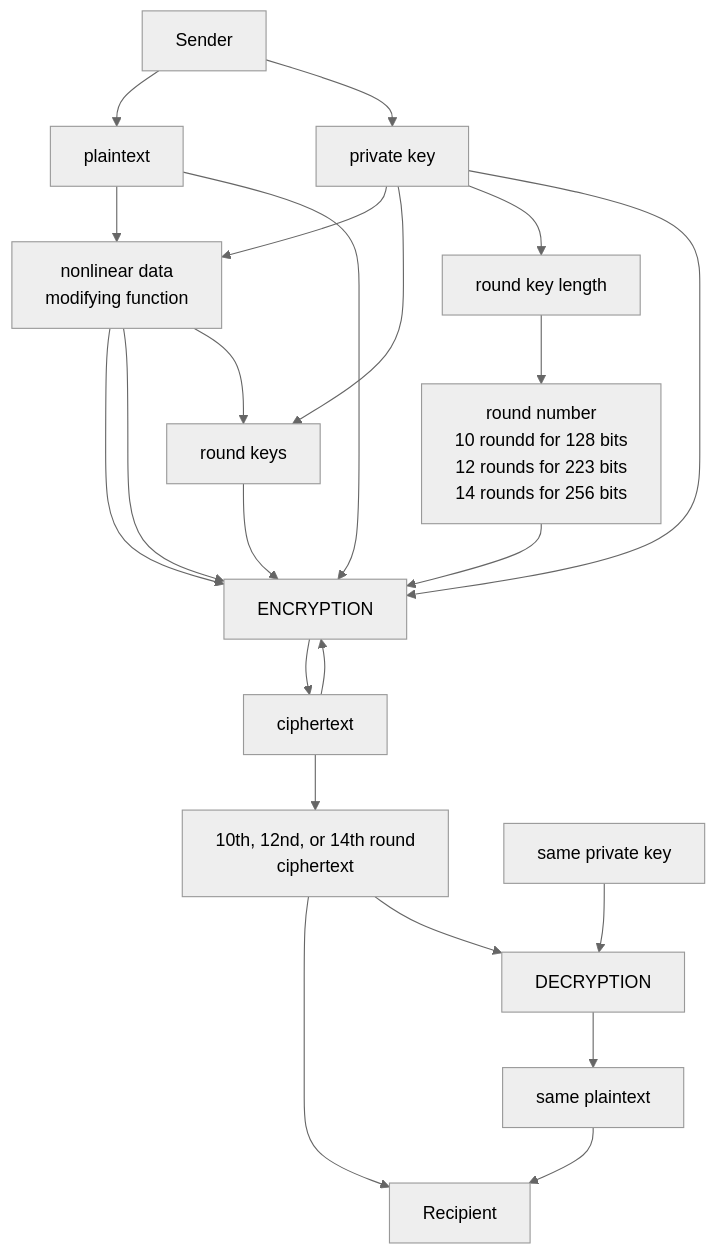
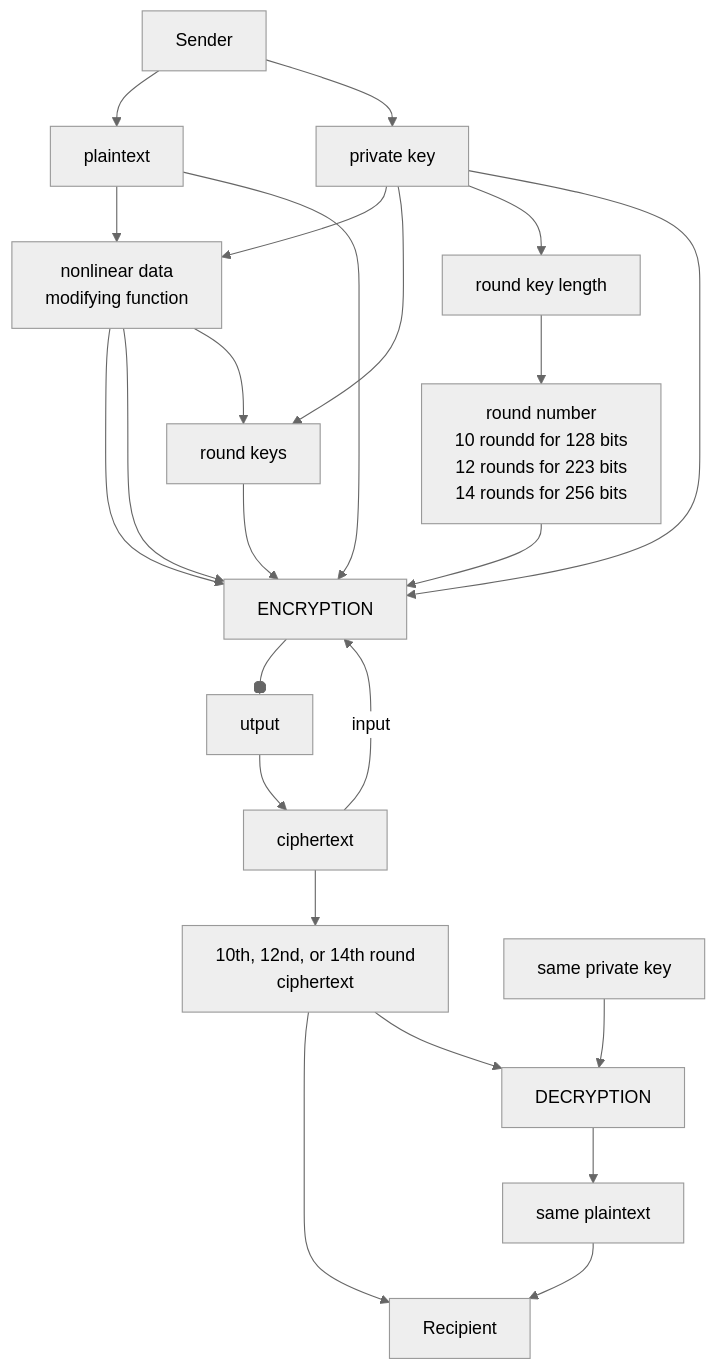
Before and after one commit to Kietpawpan/encryption: the diagram in README.md, drawn with Mermaid (neutral theme).

````diff
--- a/README.md
+++ b/README.md
@@ -5,15 +5,15 @@
 ```mermaid
 flowchart TD
     A[Sender] --> B[plaintext]-->FC
-    C[private key]-->FC-->D[ENCRYPTION]-->E[ciphertext]-->D
+    C[private key]-->FC-->D[ENCRYPTION]--output-->E[ciphertext]--input-->D
     E-->FN[10th, 12nd, or 14th round\nciphertext]-->F[Recipient]
     C2[same private key]-->G[DECRYPTION]-->I[same plaintext]-->F
      FN-->G
 A-->C
 C-->RK[round keys]-->D
 C-->RKL[round key length]-->RN[round number\n10 roundd for 128 bits\n12 rounds for 223 bits\n14 rounds for 256 bits]-->D
 FC[nonlinear data \nmodifying function]-->D
 FC-->RK
 B-->D
 C-->D
 ```
````
